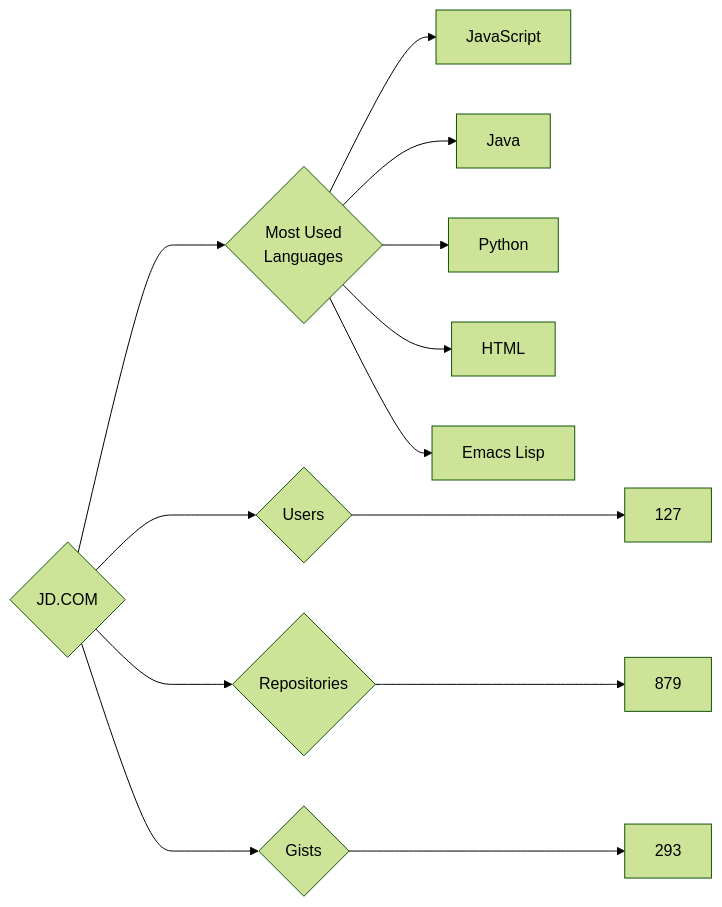
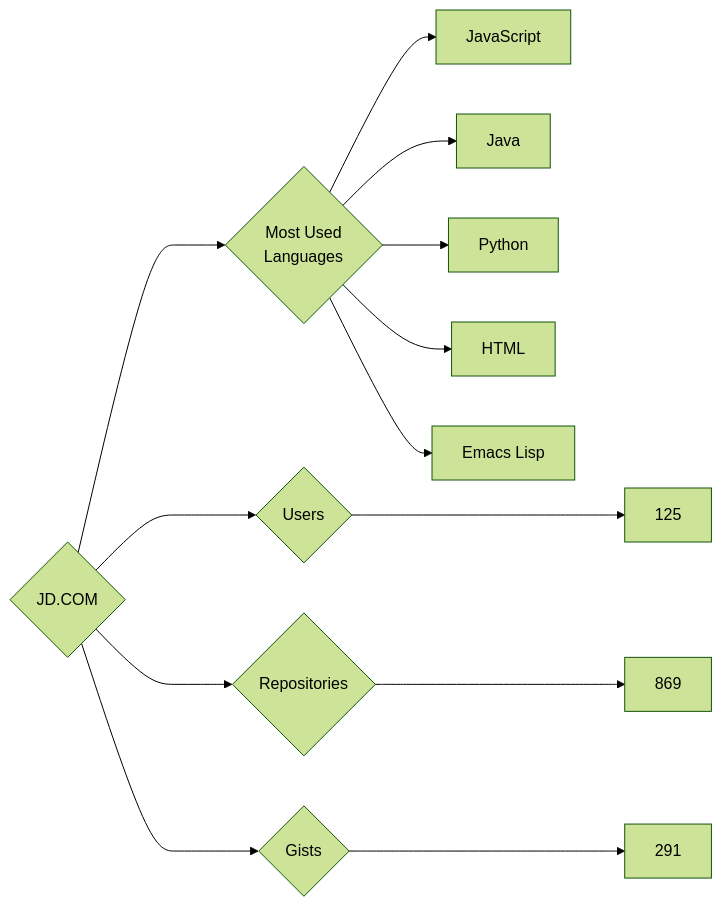
Before and after one commit to trickest/insiders: the diagram in targets/JD.COM/README.md, drawn with Mermaid (forest theme). The commit also changed 1389 other files, not shown here.

````diff
--- a/targets/JD.COM/README.md
+++ b/targets/JD.COM/README.md
@@ -3,13 +3,13 @@
 ```mermaid
 graph LR
 COMPANY_NAME{JD.COM}
-COMPANY_NAME ---> U{Users} ---> UN[127]
-COMPANY_NAME ---> R{Repositories} ---> RN[879]
-COMPANY_NAME ---> G{Gists} ---> GN[293]
+COMPANY_NAME ---> U{Users} ---> UN[125]
+COMPANY_NAME ---> R{Repositories} ---> RN[869]
+COMPANY_NAME ---> G{Gists} ---> GN[291]
 COMPANY_NAME ---> ML{Most Used<br>Languages}
 ML --> JavaScript[JavaScript]
 ML --> Java[Java]
 ML --> Python[Python]
 ML --> HTML[HTML]
 ML --> Emacs_Lisp[Emacs Lisp]
 ```
````
